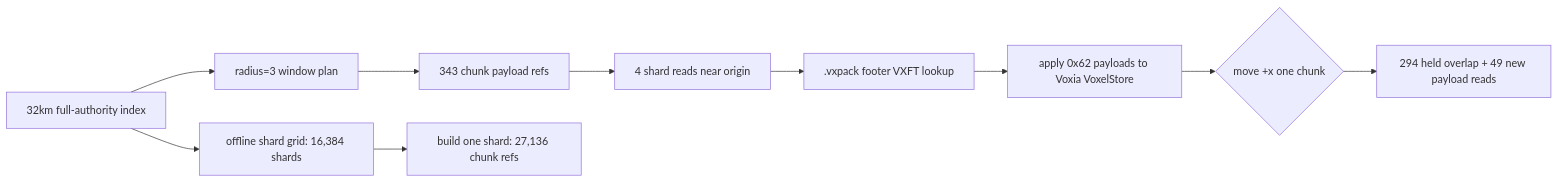
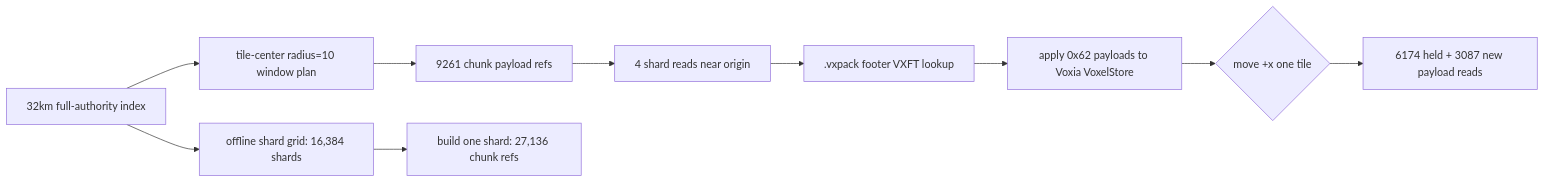
Before and after one commit to dyzdyz010/ex_mmo_cluster: the diagram in docs/00-current-truth/impl/2026-06-29-world-pack-streaming-handoff.md, drawn with Mermaid. The commit also changed other lines of this file and 129 other files, not shown here.

````diff
--- a/docs/00-current-truth/impl/2026-06-29-world-pack-streaming-handoff.md
+++ b/docs/00-current-truth/impl/2026-06-29-world-pack-streaming-handoff.md
@@ -36,12 +44,12 @@
 ```mermaid
 flowchart LR
-  A[32km full-authority index] --> B[radius=3 window plan]
-  B --> C[343 chunk payload refs]
+  A[32km full-authority index] --> B[tile-center radius=10 window plan]
+  B --> C[9261 chunk payload refs]
   C --> D[4 shard reads near origin]
   D --> E[.vxpack footer VXFT lookup]
   E --> F[apply 0x62 payloads to Voxia VoxelStore]
-  F --> G{move +x one chunk}
-  G --> H[294 held overlap + 49 new payload reads]
+  F --> G{move +x one tile}
+  G --> H[6174 held + 3087 new payload reads]
   A --> I[offline shard grid: 16,384 shards]
   I --> J[build one shard: 27,136 chunk refs]
 ```
````
